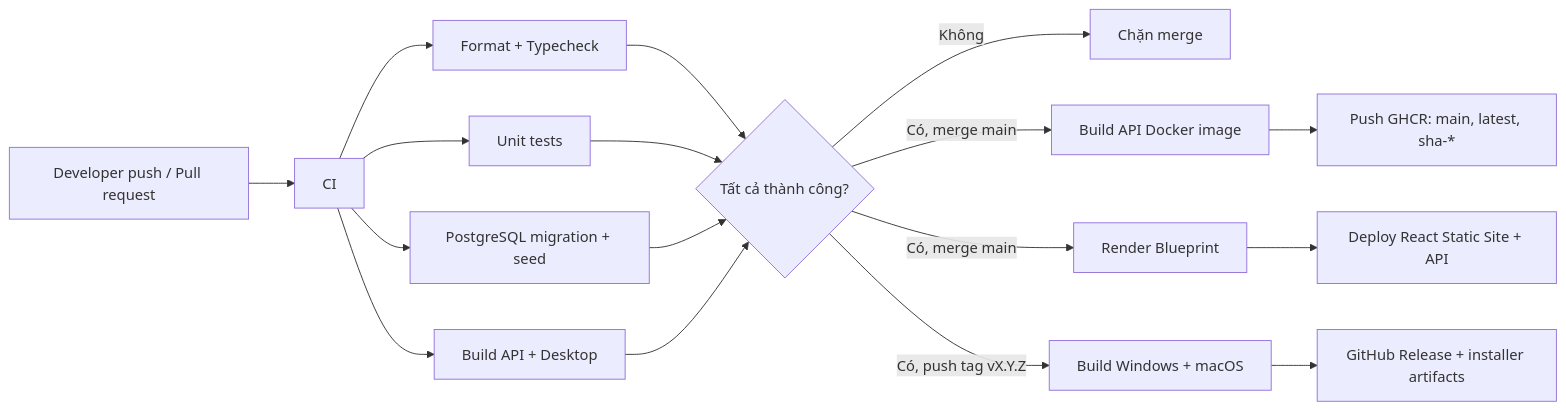
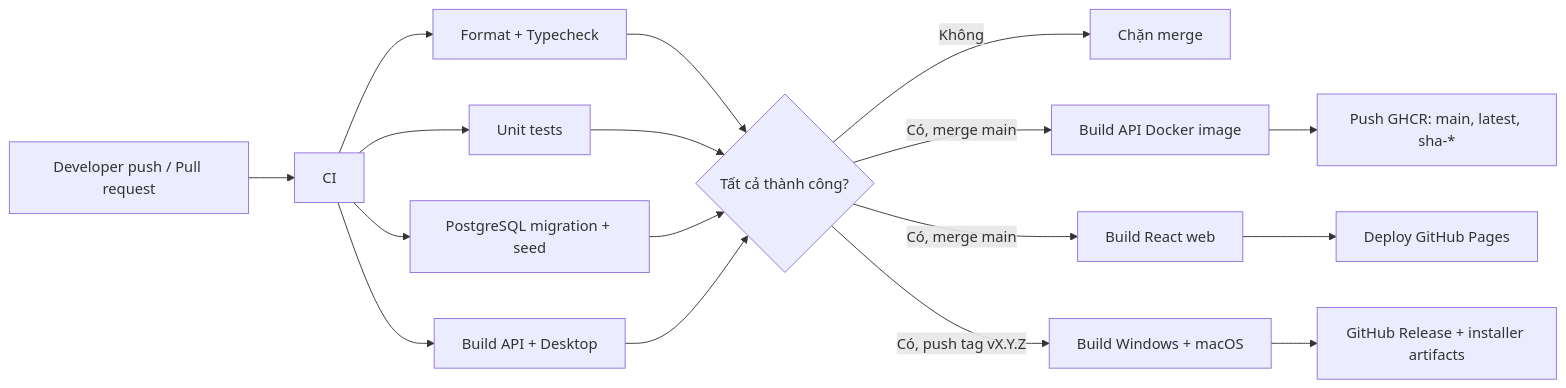
One commit to tuyen12081707/inventory-desktop-suite-source changed the diagram in docs/CICD.md. Above: the diagram before and after it, drawn with Mermaid. The commit also changed other lines of this file and 5 other files, not shown here.

Commit message:
ci: deploy public web app to GitHub Pages

````diff
--- a/docs/CICD.md
+++ b/docs/CICD.md
@@ -5,19 +5,19 @@
 ```mermaid
 flowchart LR
   A["Developer push / Pull request"] --> B["CI"]
   B --> B1["Format + Typecheck"]
   B --> B2["Unit tests"]
   B --> B3["PostgreSQL migration + seed"]
   B --> B4["Build API + Desktop"]
   B1 --> C{"Tất cả thành công?"}
   B2 --> C
   B3 --> C
   B4 --> C
   C -- "Không" --> D["Chặn merge"]
   C -- "Có, merge main" --> E["Build API Docker image"]
   E --> F["Push GHCR: main, latest, sha-*"]
-  C -- "Có, merge main" --> I["Render Blueprint"]
-  I --> J["Deploy React Static Site + API"]
+  C -- "Có, merge main" --> I["Build React web"]
+  I --> J["Deploy GitHub Pages"]
   C -- "Có, push tag vX.Y.Z" --> G["Build Windows + macOS"]
   G --> H["GitHub Release + installer artifacts"]
 ```
````
